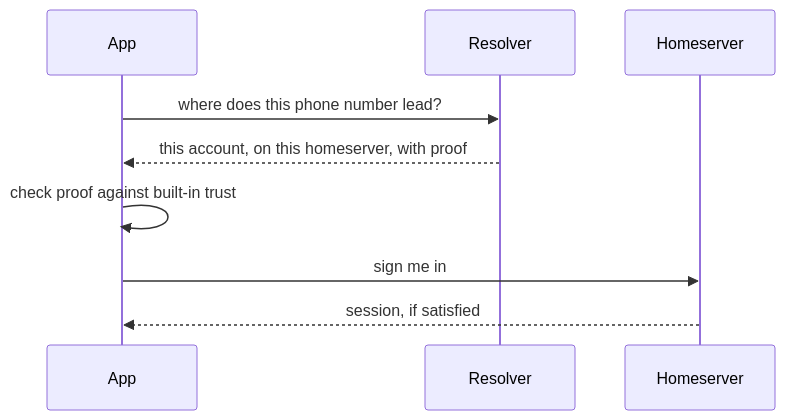
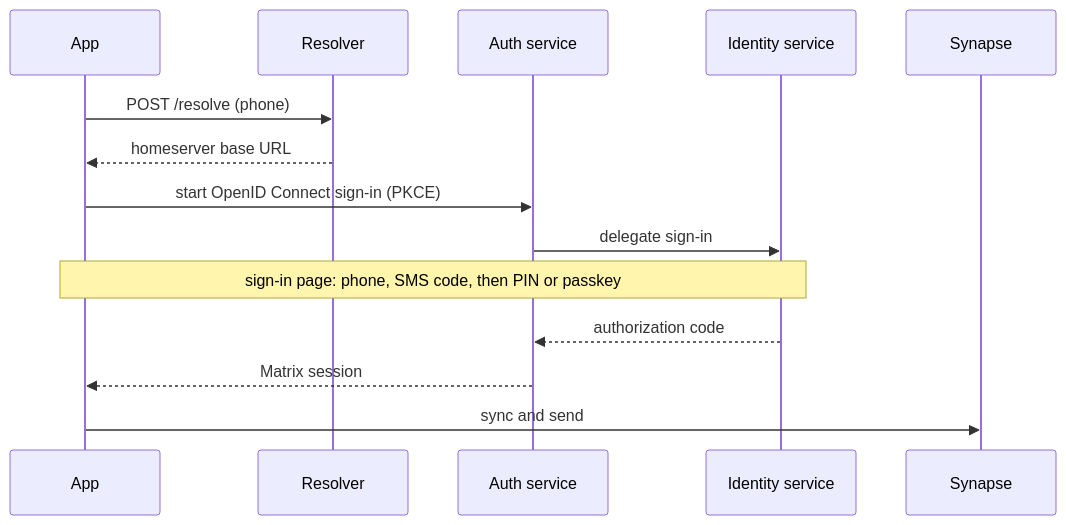
The third of 4 diagrams in docs/architecture/gua-identity-and-federation.md (Gua-ra/gua-resolver), drawn with Mermaid before and after one commit. The commit also changed other lines of this file, not shown here.

Commit message:
docs: rewrite the identity and federation guide around what runs today

````diff
--- a/docs/architecture/gua-identity-and-federation.md
+++ b/docs/architecture/gua-identity-and-federation.md
@@ -75,8 +129,16 @@
 ```mermaid
 sequenceDiagram
-    App->>Resolver: where does this phone number lead?
-    Resolver-->>App: this account, on this homeserver, with proof
-    App->>App: check proof against built-in trust
-    App->>Homeserver: sign me in
-    Homeserver-->>App: session, if satisfied
+    participant App
+    participant Resolver
+    participant Auth as Auth service
+    participant IDS as Identity service
+    participant HS as Synapse
+    App->>Resolver: POST /resolve (phone)
+    Resolver-->>App: homeserver base URL
+    App->>Auth: start OpenID Connect sign-in (PKCE)
+    Auth->>IDS: delegate sign-in
+    Note over App,IDS: sign-in page: phone, SMS code, then PIN or passkey
+    IDS-->>Auth: authorization code
+    Auth-->>App: Matrix session
+    App->>HS: sync and send
 ```
````
